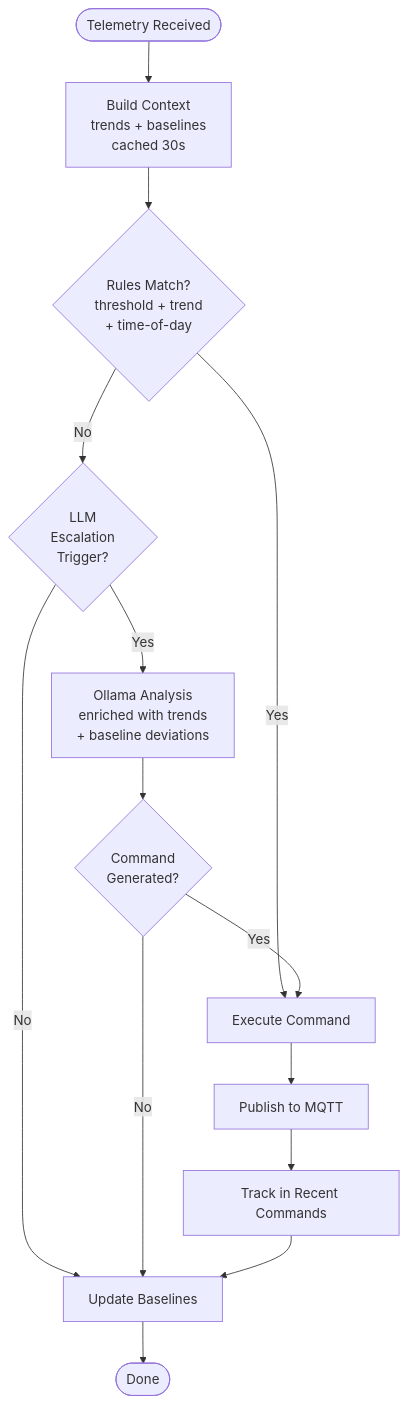
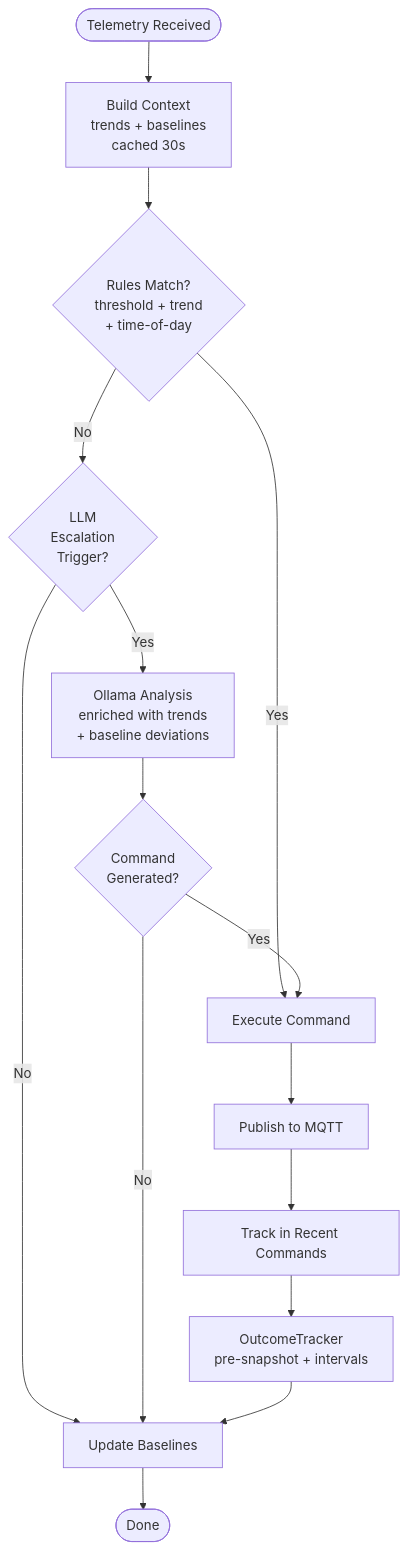
The seventh of 8 diagrams in README.md (curtisblanchette/my-esp32-project), drawn with Mermaid before and after one commit. The commit also changed other lines of this file and 6 other files, not shown here.

````diff
--- a/README.md
+++ b/README.md
@@ -556,16 +559,17 @@
 ```mermaid
 flowchart TB
     Start([Telemetry Received]) --> Context[Build Context<br/>trends + baselines<br/>cached 30s]
     Context --> Rules{Rules Match?<br/>threshold + trend<br/>+ time-of-day}
     Rules -->|Yes| Execute[Execute Command]
     Rules -->|No| Escalate{LLM<br/>Escalation<br/>Trigger?}
     Escalate -->|No| Baseline[Update Baselines]
     Escalate -->|Yes| LLM[Ollama Analysis<br/>enriched with trends<br/>+ baseline deviations]
     LLM --> Decision{Command<br/>Generated?}
     Decision -->|Yes| Execute
     Decision -->|No| Baseline
     Execute --> Publish[Publish to MQTT]
     Publish --> Track[Track in Recent Commands]
-    Track --> Baseline
+    Track --> Outcome[OutcomeTracker<br/>pre-snapshot + intervals]
+    Outcome --> Baseline
     Baseline --> End([Done])
 ```
````
